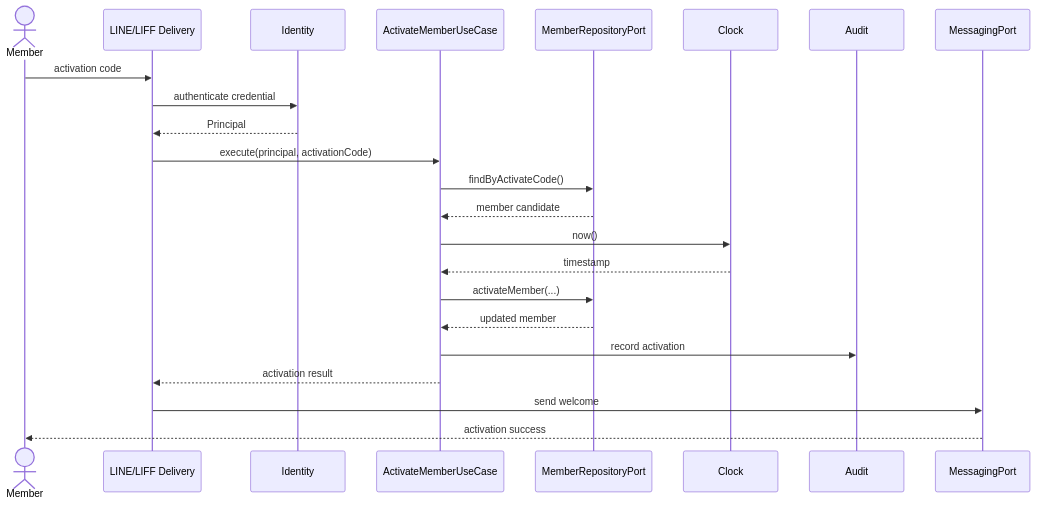
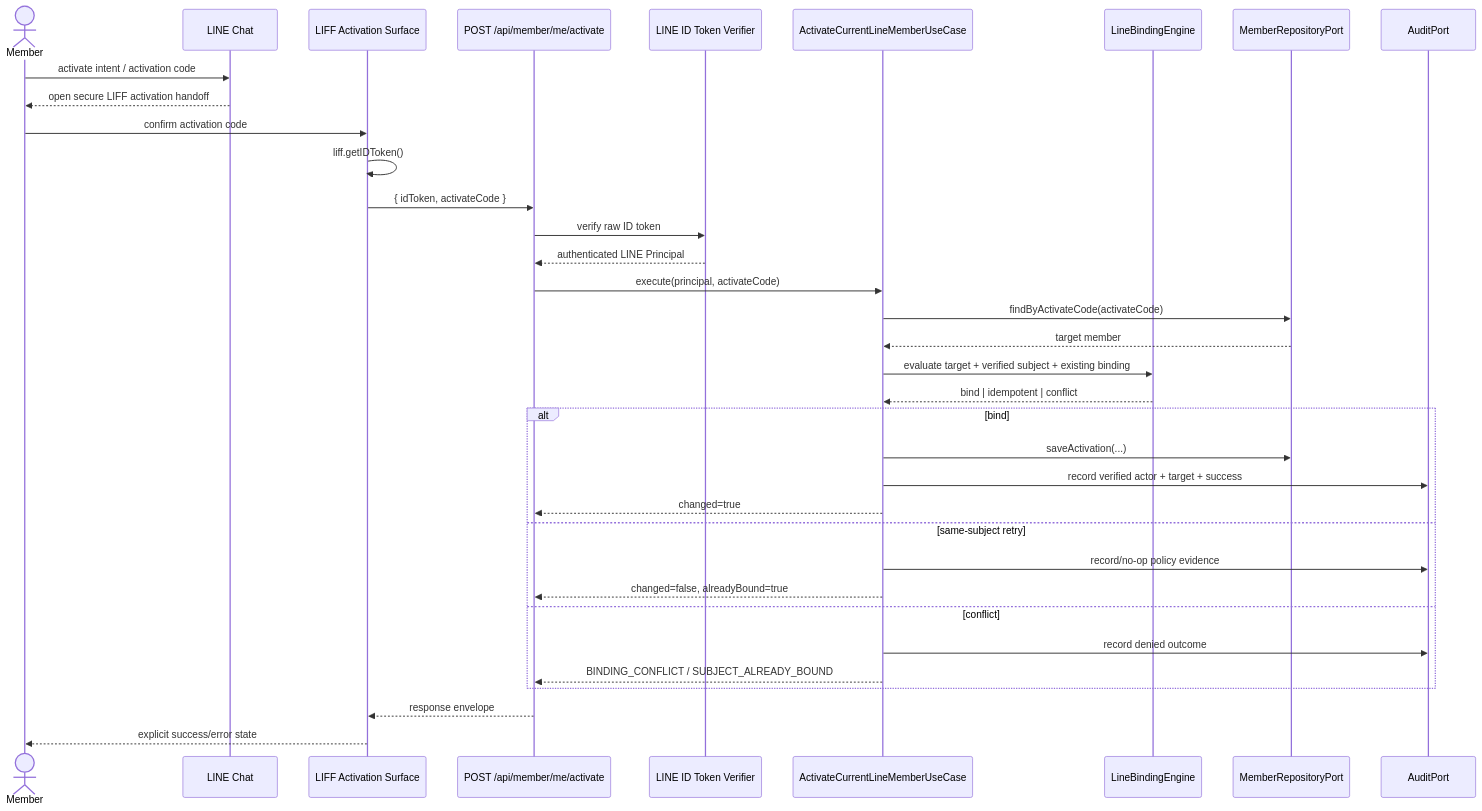
One commit to idev006/MTP6LineCoopBot changed the diagram in docs/ssot/analysis/sequences/SEQ-MEMBER-ACTIVATE.md. Above: the diagram before and after it, drawn with Mermaid. The commit also changed other lines of this file and 5 other files, not shown here.

First line of the commit message:
docs(security): define verified LINE identity binding contract

````diff
--- a/docs/ssot/analysis/sequences/SEQ-MEMBER-ACTIVATE.md
+++ b/docs/ssot/analysis/sequences/SEQ-MEMBER-ACTIVATE.md
@@ -5,26 +8,38 @@
 ```mermaid
 sequenceDiagram
     actor Member
-    participant Delivery as LINE/LIFF Delivery
-    participant Identity
-    participant UC as ActivateMemberUseCase
+    participant Chat as LINE Chat
+    participant LIFF as LIFF Activation Surface
+    participant Delivery as POST /api/member/me/activate
+    participant Identity as LINE ID Token Verifier
+    participant UC as ActivateCurrentLineMemberUseCase
+    participant Policy as LineBindingEngine
     participant Repo as MemberRepositoryPort
-    participant Clock
-    participant Audit
-    participant Msg as MessagingPort
+    participant Audit as AuditPort
 
-    Member->>Delivery: activation code
-    Delivery->>Identity: authenticate credential
-    Identity-->>Delivery: Principal
-    Delivery->>UC: execute(principal, activationCode)
-    UC->>Repo: findByActivateCode()
-    Repo-->>UC: member candidate
-    UC->>Clock: now()
-    Clock-->>UC: timestamp
-    UC->>Repo: activateMember(...)
-    Repo-->>UC: updated member
-    UC->>Audit: record activation
-    UC-->>Delivery: activation result
-    Delivery->>Msg: send welcome
-    Msg-->>Member: activation success
+    Member->>Chat: activate intent / activation code
+    Chat-->>Member: open secure LIFF activation handoff
+    Member->>LIFF: confirm activation code
+    LIFF->>LIFF: liff.getIDToken()
+    LIFF->>Delivery: { idToken, activateCode }
+    Delivery->>Identity: verify raw ID token
+    Identity-->>Delivery: authenticated LINE Principal
+    Delivery->>UC: execute(principal, activateCode)
+    UC->>Repo: findByActivateCode(activateCode)
+    Repo-->>UC: target member
+    UC->>Policy: evaluate target + verified subject + existing binding
+    Policy-->>UC: bind | idempotent | conflict
+    alt bind
+        UC->>Repo: saveActivation(...)
+        UC->>Audit: record verified actor + target + success
+        UC-->>Delivery: changed=true
+    else same-subject retry
+        UC->>Audit: record/no-op policy evidence
+        UC-->>Delivery: changed=false, alreadyBound=true
+    else conflict
+        UC->>Audit: record denied outcome
+        UC-->>Delivery: BINDING_CONFLICT / SUBJECT_ALREADY_BOUND
+    end
+    Delivery-->>LIFF: response envelope
+    LIFF-->>Member: explicit success/error state
 ```
````
